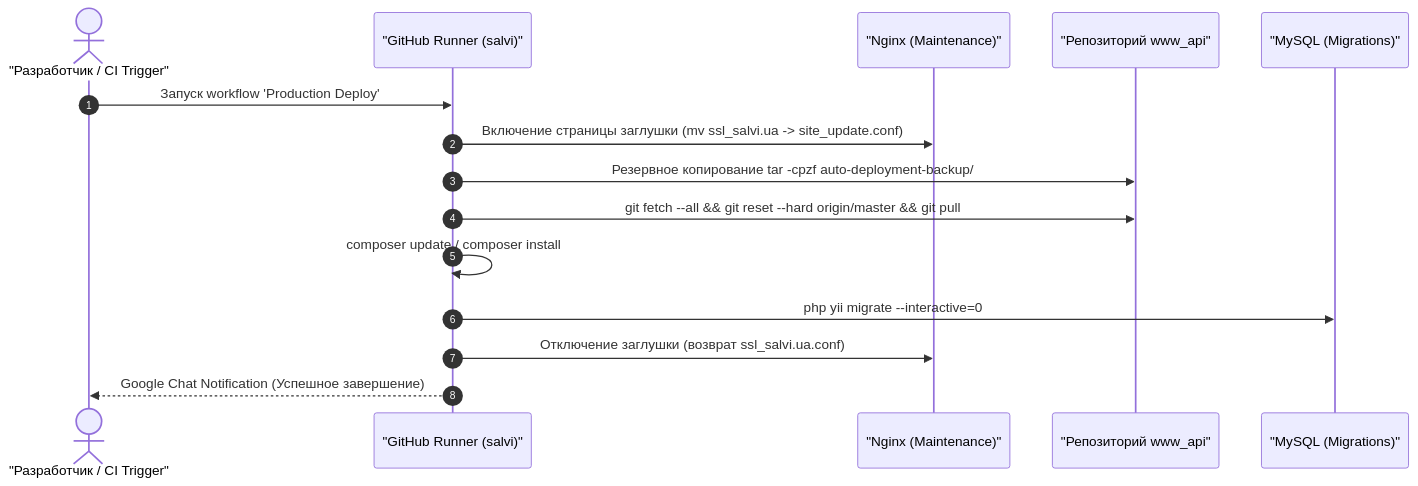
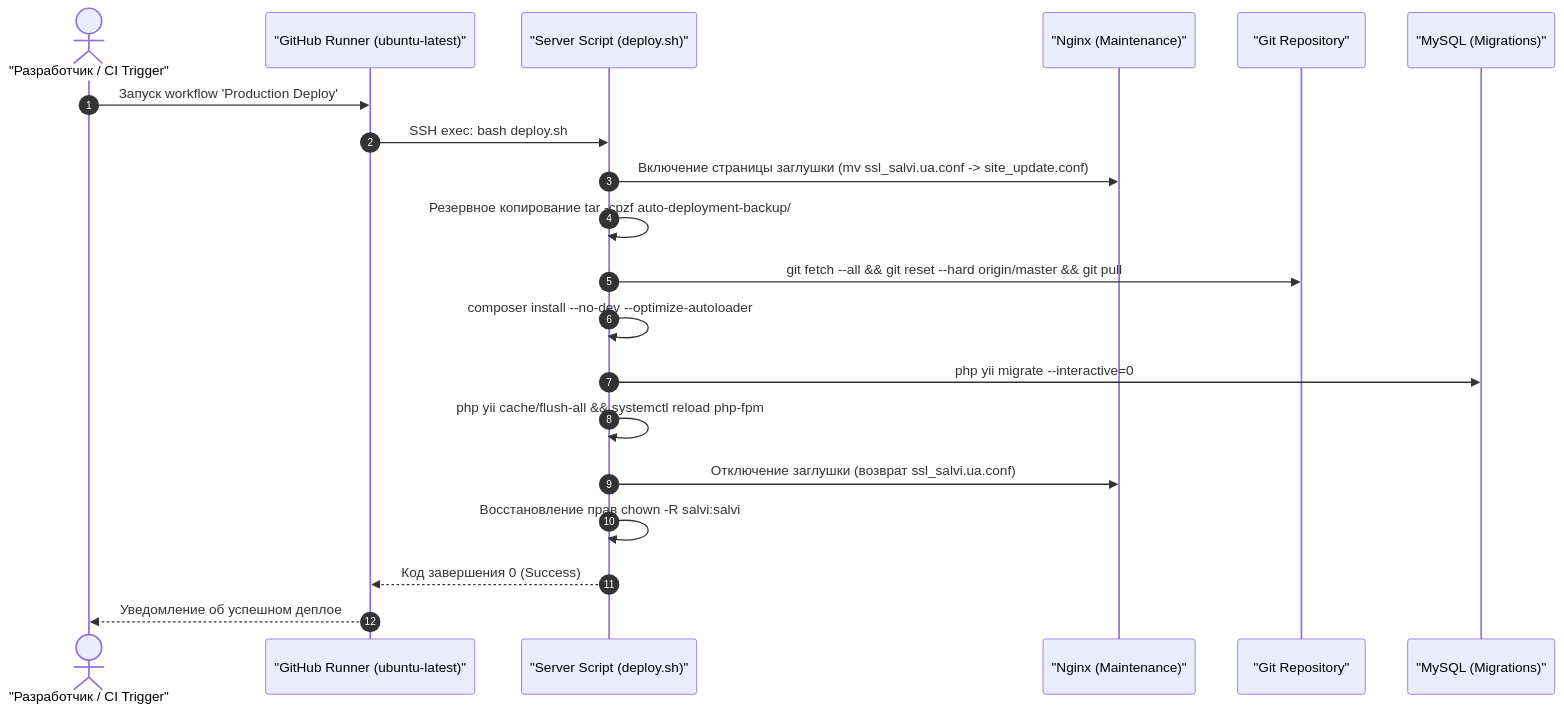
Before and after one commit to alamov085/salvi-backend: the second of 2 diagrams in docs/infrastructure/servers-and-services.md, drawn with Mermaid. The commit also changed other lines of this file and 2 other files, not shown here.

````diff
--- a/docs/infrastructure/servers-and-services.md
+++ b/docs/infrastructure/servers-and-services.md
@@ -142,18 +142,23 @@
 ```mermaid
 sequenceDiagram
     autonumber
     actor Dev as "Разработчик / CI Trigger"
-    participant Runner as "GitHub Runner (salvi)"
+    participant Runner as "GitHub Runner (ubuntu-latest)"
+    participant Script as "Server Script (deploy.sh)"
     participant Nginx as "Nginx (Maintenance)"
-    participant Git as "Репозиторий www_api"
+    participant Git as "Git Repository"
     participant DB as "MySQL (Migrations)"
 
     Dev->>Runner: Запуск workflow 'Production Deploy'
-    Runner->>Nginx: Включение страницы заглушки (mv ssl_salvi.ua -> site_update.conf)
-    Runner->>Git: Резервное копирование tar -cpzf auto-deployment-backup/
-    Runner->>Git: git fetch --all && git reset --hard origin/master && git pull
-    Runner->>Runner: composer update / composer install
-    Runner->>DB: php yii migrate --interactive=0
-    Runner->>Nginx: Отключение заглушки (возврат ssl_salvi.ua.conf)
-    Runner-->>Dev: Google Chat Notification (Успешное завершение)
+    Runner->>Script: SSH exec: bash deploy.sh
+    Script->>Nginx: Включение страницы заглушки (mv ssl_salvi.ua.conf -> site_update.conf)
+    Script->>Script: Резервное копирование tar -cpzf auto-deployment-backup/
+    Script->>Git: git fetch --all && git reset --hard origin/master && git pull
+    Script->>Script: composer install --no-dev --optimize-autoloader
+    Script->>DB: php yii migrate --interactive=0
+    Script->>Script: php yii cache/flush-all && systemctl reload php-fpm
+    Script->>Nginx: Отключение заглушки (возврат ssl_salvi.ua.conf)
+    Script->>Script: Восстановление прав chown -R salvi:salvi
+    Script-->>Runner: Код завершения 0 (Success)
+    Runner-->>Dev: Уведомление об успешном деплое
 ```
````
